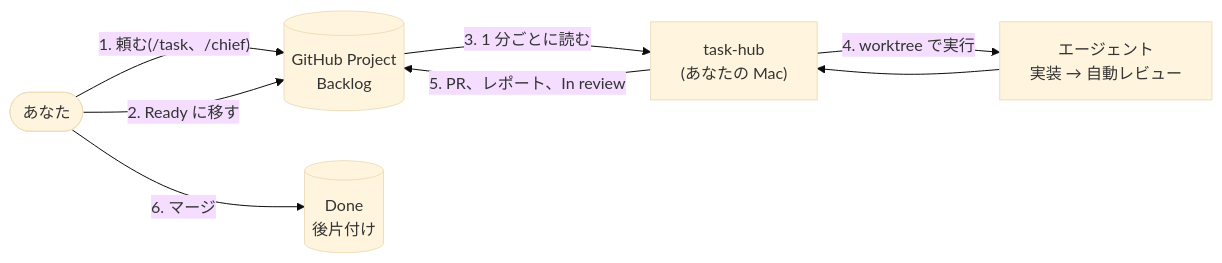
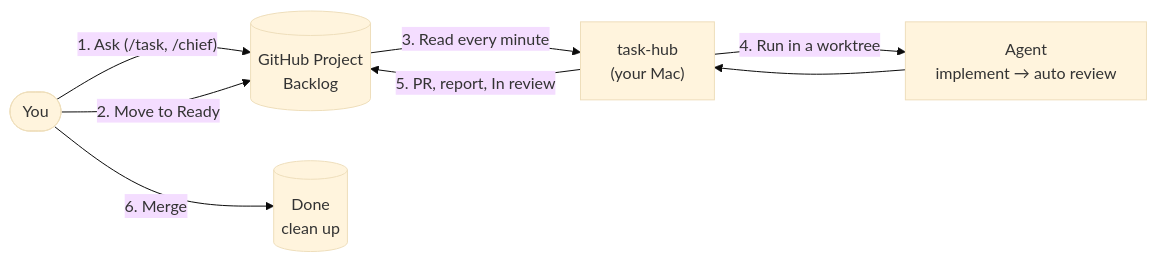
Before and after one commit to jyoka/task-hub: the diagram in README.md, drawn with Mermaid (base theme). The commit also changed other lines of this file and 7 other files, not shown here.

````diff
--- a/README.md
+++ b/README.md
@@ -21,10 +25,10 @@
 ```mermaid
 flowchart LR
-    you(["あなた"]) -- "1. 頼む(/task、/chief)" --> board[("GitHub Project<br/>Backlog")]
-    you -- "2. Ready に移す" --> board
-    board -- "3. 1 分ごとに読む" --> th["task-hub<br/>(あなたの Mac)"]
-    th -- "4. worktree で実行" --> agent["エージェント<br/>実装 → 自動レビュー"]
+    you(["You"]) -- "1. Ask (/task, /chief)" --> board[("GitHub Project<br/>Backlog")]
+    you -- "2. Move to Ready" --> board
+    board -- "3. Read every minute" --> th["task-hub<br/>(your Mac)"]
+    th -- "4. Run in a worktree" --> agent["Agent<br/>implement → auto review"]
     agent --> th
-    th -- "5. PR、レポート、In review" --> board
-    you -- "6. マージ" --> done[("Done<br/>後片付け")]
+    th -- "5. PR, report, In review" --> board
+    you -- "6. Merge" --> done[("Done<br/>clean up")]
 ```
````
